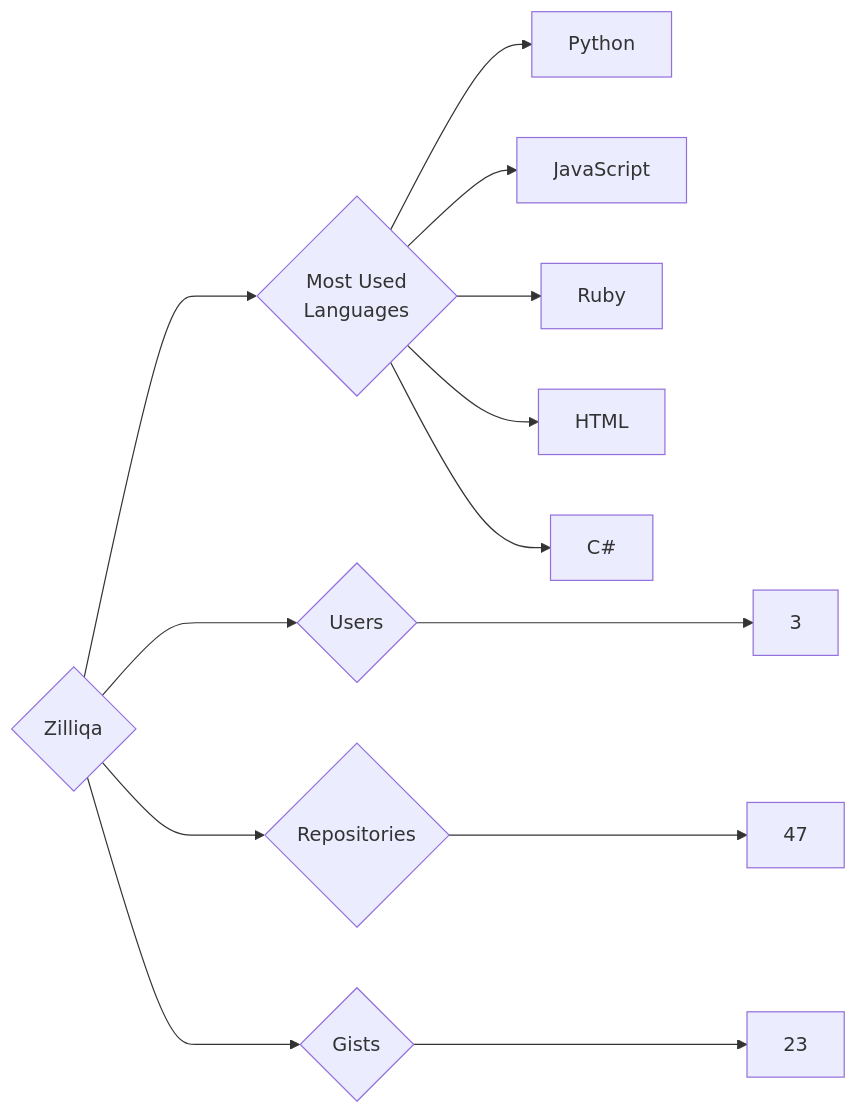
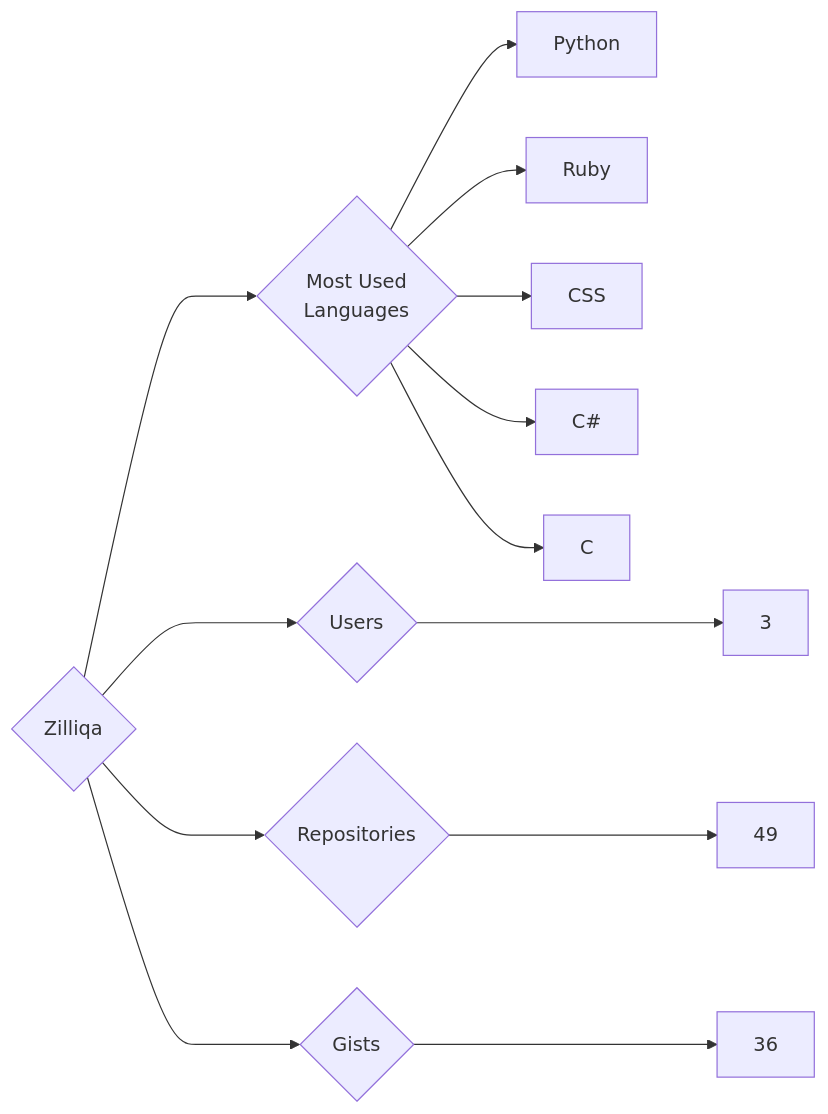
Before and after one commit to trickest/insiders: the diagram in targets/Zilliqa/README.md, drawn with Mermaid. The commit also changed 948 other files, not shown here.

````diff
--- a/targets/Zilliqa/README.md
+++ b/targets/Zilliqa/README.md
@@ -3,13 +3,13 @@
 ```mermaid
 graph LR
 COMPANY_NAME{Zilliqa}
 COMPANY_NAME ---> U{Users} ---> UN[3]
-COMPANY_NAME ---> R{Repositories} ---> RN[47]
-COMPANY_NAME ---> G{Gists} ---> GN[23]
+COMPANY_NAME ---> R{Repositories} ---> RN[49]
+COMPANY_NAME ---> G{Gists} ---> GN[36]
 COMPANY_NAME ---> ML{Most Used<br>Languages}
 ML --> Python[Python]
-ML --> JavaScript[JavaScript]
 ML --> Ruby[Ruby]
-ML --> HTML[HTML]
+ML --> CSS[CSS]
 ML --> C#[C#]
+ML --> C[C]
 ```
````
